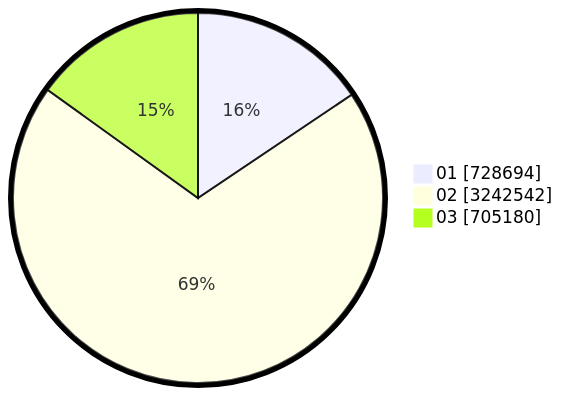
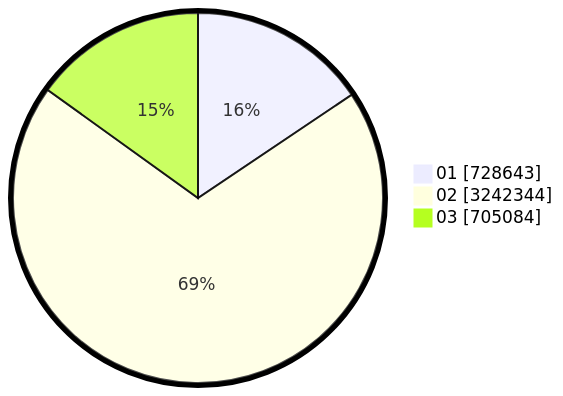
One commit to gigit-pemilu/pemilu-2024 changed the second of 2 diagrams in pilpres/hitung-suara/sub/table-wilayah-18.md. Above: the diagram before and after it, drawn with Mermaid. The commit also changed other lines of this file and 5 other files, not shown here.

````diff
--- a/pilpres/hitung-suara/sub/table-wilayah-18.md
+++ b/pilpres/hitung-suara/sub/table-wilayah-18.md
@@ -15,7 +15,7 @@
 ```mermaid
 %%{init: {"pie": {"textPosition": 0.5}, "themeVariables": {"pieOuterStrokeWidth": "5px"}} }%%
 pie showData
-    "01" : 728694
-    "02" : 3242542
-    "03" : 705180
+    "01" : 728643
+    "02" : 3242344
+    "03" : 705084
 ```
````
